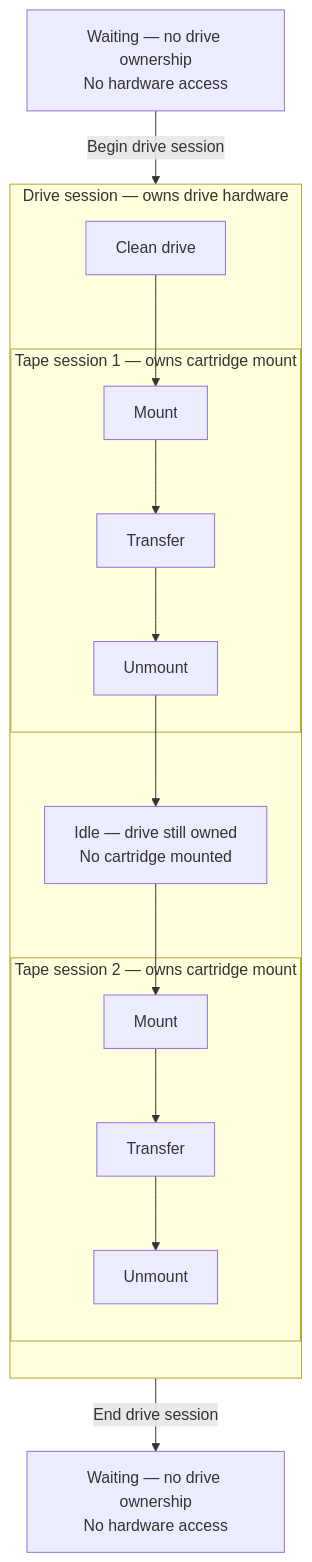
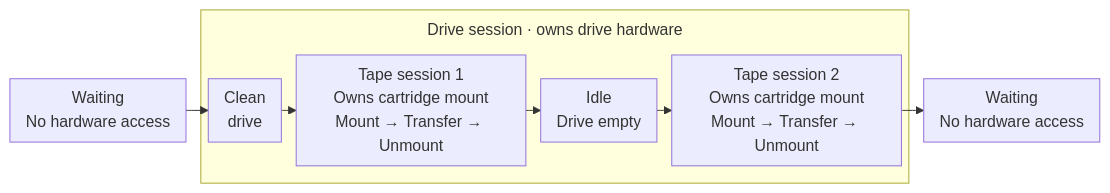
The first of 3 diagrams in docs/content/concepts/components/tape-daemon.md (cern-cta/CTA), drawn with Mermaid before and after one commit. The commit also changed other lines of this file and 3 other files, not shown here.

````diff
--- a/docs/content/concepts/components/tape-daemon.md
+++ b/docs/content/concepts/components/tape-daemon.md
@@ -27,27 +8,17 @@
 ```mermaid
-flowchart TB
-    before["Waiting — no drive ownership<br/>No hardware access"]
+%%{init: {"flowchart": {"nodeSpacing": 15, "rankSpacing": 15, "padding": 8, "subGraphTitleMargin": {"top": 8, "bottom": 20}}}}%%
+flowchart LR
+    before["Waiting<br/>No hardware access"]
 
-    subgraph drive["Drive session — owns drive hardware"]
-        direction TB
-        prepare[Clean drive]
-
-        subgraph tape1["Tape session 1 — owns cartridge mount"]
-            mount1[Mount] --> transfer1[Transfer] --> unmount1[Unmount]
-        end
-
-        idle["Idle — drive still owned<br/>No cartridge mounted"]
-
-        subgraph tape2["Tape session 2 — owns cartridge mount"]
-            mount2[Mount] --> transfer2[Transfer] --> unmount2[Unmount]
-        end
-
-        prepare --> mount1
-        unmount1 --> idle
-        idle --> mount2
+    subgraph drive["Drive session · owns drive hardware"]
+        clean["Clean<br/>drive"]
+        tape1["Tape session 1<br/>Owns cartridge mount<br/>Mount → Transfer → Unmount"]
+        idle["Idle<br/>Drive empty"]
+        tape2["Tape session 2<br/>Owns cartridge mount<br/>Mount → Transfer → Unmount"]
+        clean --> tape1 --> idle --> tape2
     end
 
-    after["Waiting — no drive ownership<br/>No hardware access"]
-    before -->|Begin drive session| prepare
-    unmount2 -->|End drive session| after
+    after["Waiting<br/>No hardware access"]
+    before --> clean
+    tape2 --> after
 ```
````
